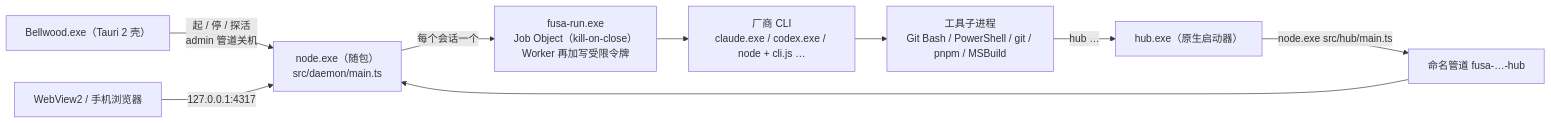
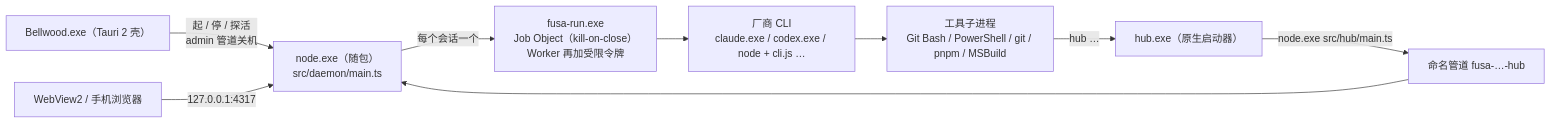
The diagram in docs/windows-native-design.md (maodesikeng-boop/agent-hub), drawn with Mermaid before and after one commit. The commit also changed other lines of this file and 52 other files, not shown here.

````diff
--- a/docs/windows-native-design.md
+++ b/docs/windows-native-design.md
@@ -65,11 +65,11 @@
 ```mermaid
 flowchart LR
   shell["Bellwood.exe（Tauri 2 壳）"] -->|"起 / 停 / 探活<br/>admin 管道关机"| node["node.exe（随包）<br/>src/daemon/main.ts"]
   web["WebView2 / 手机浏览器"] -->|"127.0.0.1:4317"| node
-  node -->|"每个会话一个"| run["fusa-run.exe<br/>Job Object（kill-on-close）<br/>Worker 再加写受限令牌"]
+  node -->|"每个会话一个"| run["fusa-run.exe<br/>Job Object（kill-on-close）<br/>Worker 再加受限令牌"]
   run --> cli["厂商 CLI<br/>claude.exe / codex.exe / node + cli.js …"]
   cli --> tools["工具子进程<br/>Git Bash / PowerShell / git / pnpm / MSBuild"]
   tools -->|"hub …"| hub["hub.exe（原生启动器）"]
   hub -->|"node.exe src/hub/main.ts"| pipe["命名管道 fusa-…-hub"]
   pipe --> node
 ```
````
